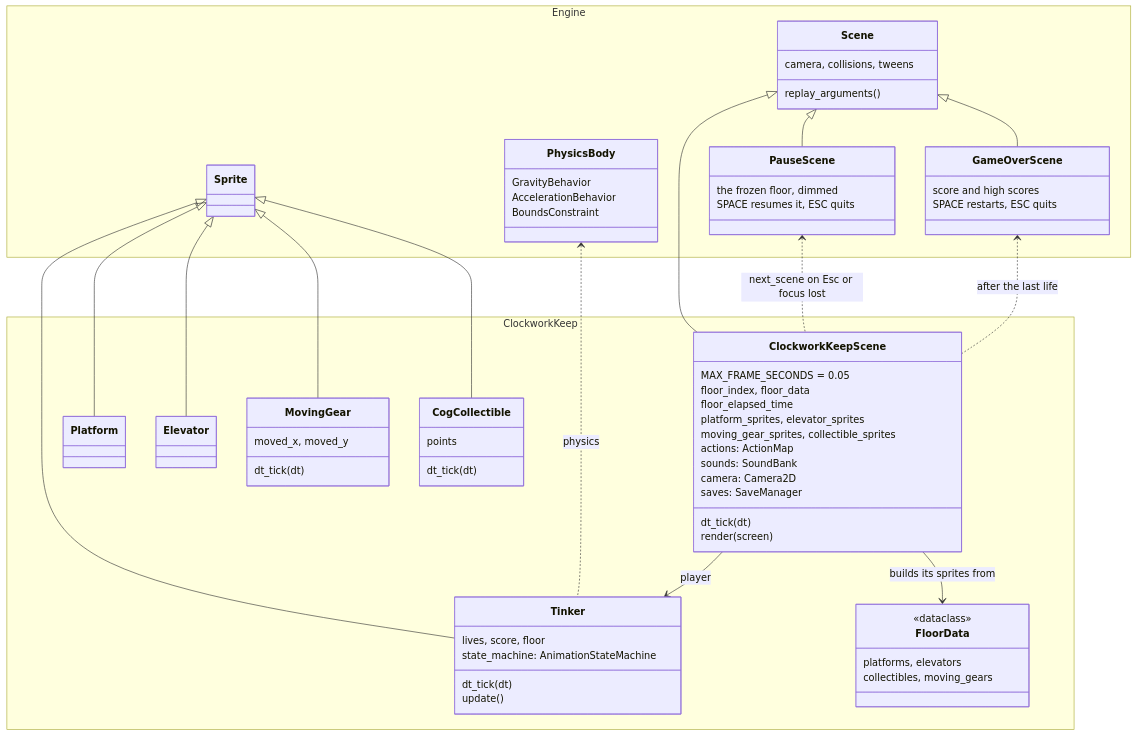
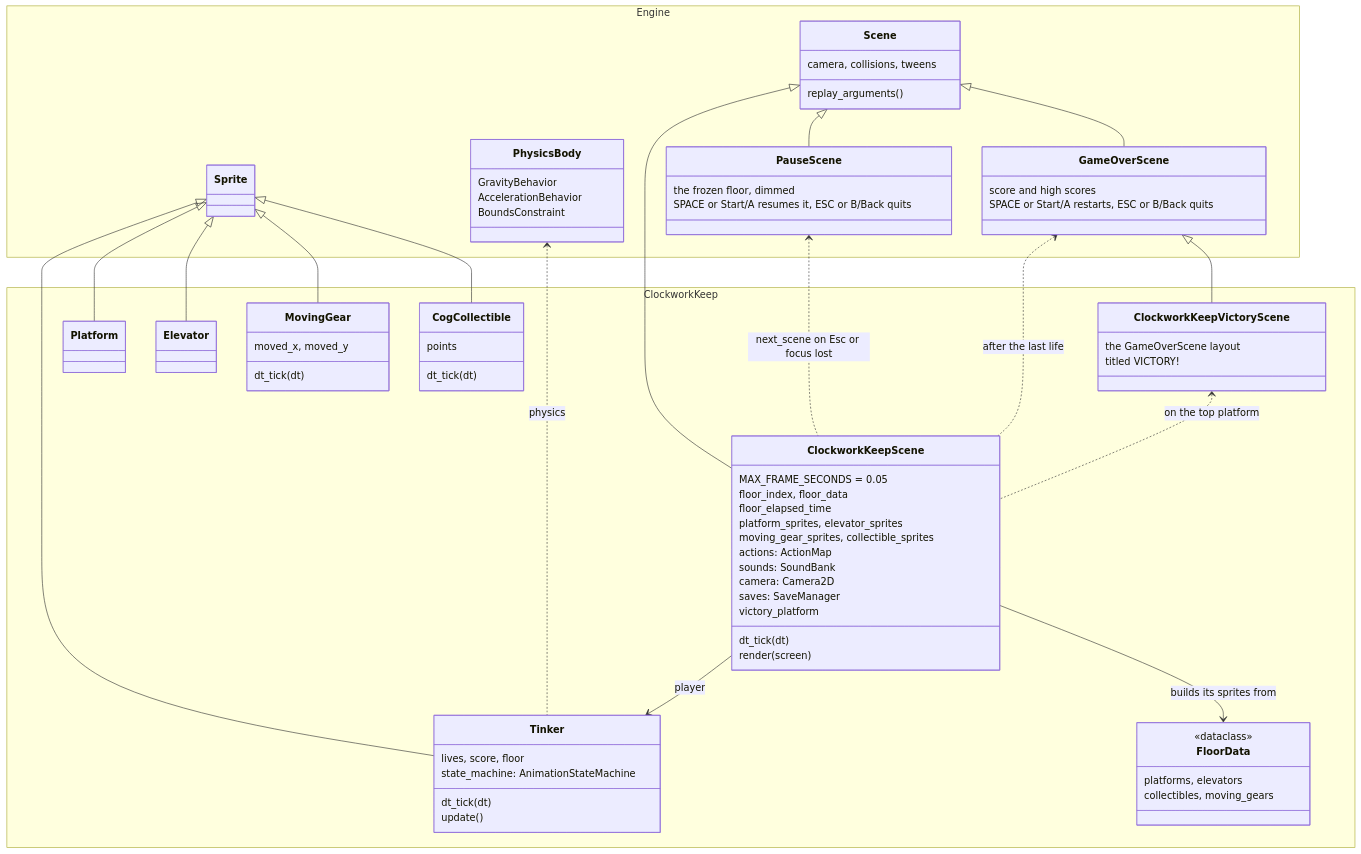
One commit to terrysimons/glitchygames changed the second of 6 diagrams in docs/games/clockwork_keep.md. Above: the diagram before and after it, drawn with Mermaid. The commit also changed other lines of this file and 93 other files, not shown here.

````diff
--- a/docs/games/clockwork_keep.md
+++ b/docs/games/clockwork_keep.md
@@ -141,74 +149,81 @@
 ```mermaid
 classDiagram
     direction TB
     namespace Engine {
         class Scene {
             camera, collisions, tweens
             replay_arguments()
         }
         class PauseScene {
             the frozen floor, dimmed
-            SPACE resumes it, ESC quits
+            SPACE or Start/A resumes it, ESC or B/Back quits
         }
         class GameOverScene {
             score and high scores
-            SPACE restarts, ESC quits
+            SPACE or Start/A restarts, ESC or B/Back quits
         }
         class Sprite
         class PhysicsBody {
             GravityBehavior
             AccelerationBehavior
             BoundsConstraint
         }
     }
     namespace ClockworkKeep {
         class ClockworkKeepScene {
             MAX_FRAME_SECONDS = 0.05
             floor_index, floor_data
             floor_elapsed_time
             platform_sprites, elevator_sprites
             moving_gear_sprites, collectible_sprites
             actions: ActionMap
             sounds: SoundBank
             camera: Camera2D
             saves: SaveManager
+            victory_platform
             dt_tick(dt)
             render(screen)
+        }
+        class ClockworkKeepVictoryScene {
+            the GameOverScene layout
+            titled VICTORY!
         }
         class Tinker {
             lives, score, floor
             state#95;machine: AnimationStateMachine
             dt_tick(dt)
             update()
         }
         class Platform
         class Elevator
         class MovingGear {
             moved_x, moved_y
             dt_tick(dt)
         }
         class CogCollectible {
             points
             dt_tick(dt)
         }
         class FloorData {
             <<dataclass>>
             platforms, elevators
             collectibles, moving_gears
         }
     }
 
     Scene <|-- PauseScene
     Scene <|-- GameOverScene
     Scene <|-- ClockworkKeepScene
+    GameOverScene <|-- ClockworkKeepVictoryScene
     Sprite <|-- Tinker
     Sprite <|-- Platform
     Sprite <|-- Elevator
     Sprite <|-- MovingGear
     Sprite <|-- CogCollectible
     PauseScene <.. ClockworkKeepScene : next_scene on Esc or focus lost
     GameOverScene <.. ClockworkKeepScene : after the last life
+    ClockworkKeepVictoryScene <.. ClockworkKeepScene : on the top platform
     PhysicsBody <.. Tinker : physics
     ClockworkKeepScene --> FloorData : builds its sprites from
     ClockworkKeepScene --> Tinker : player
 ```
````
